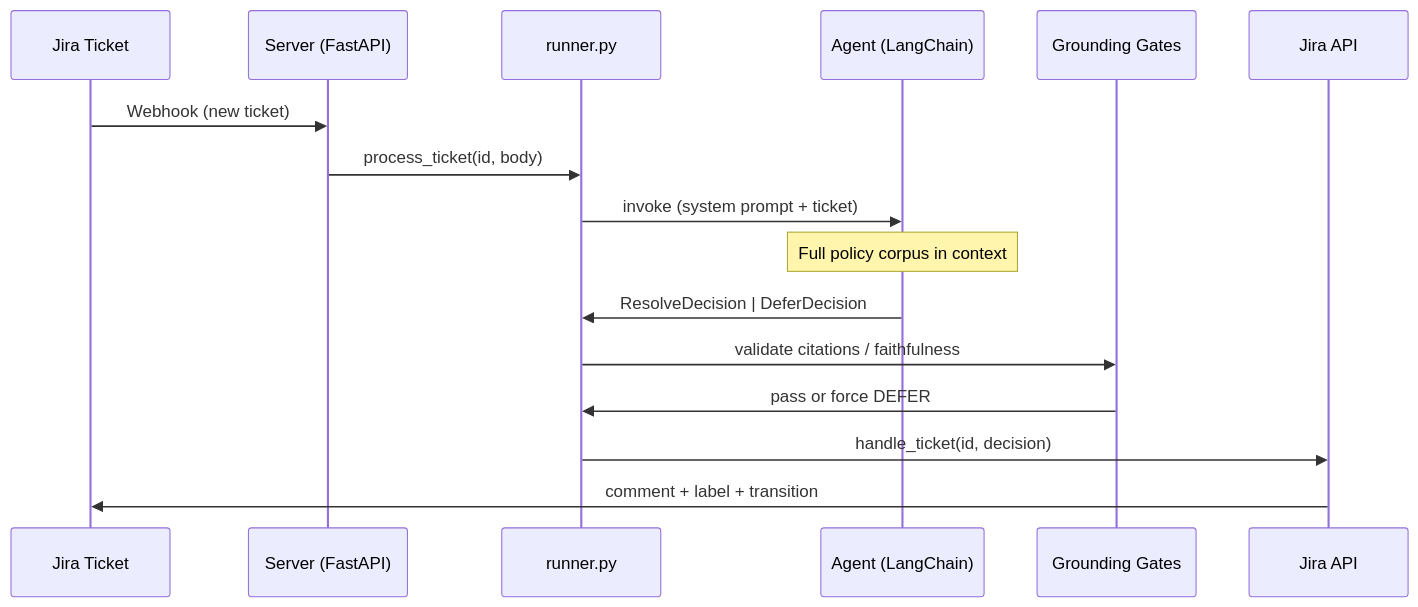
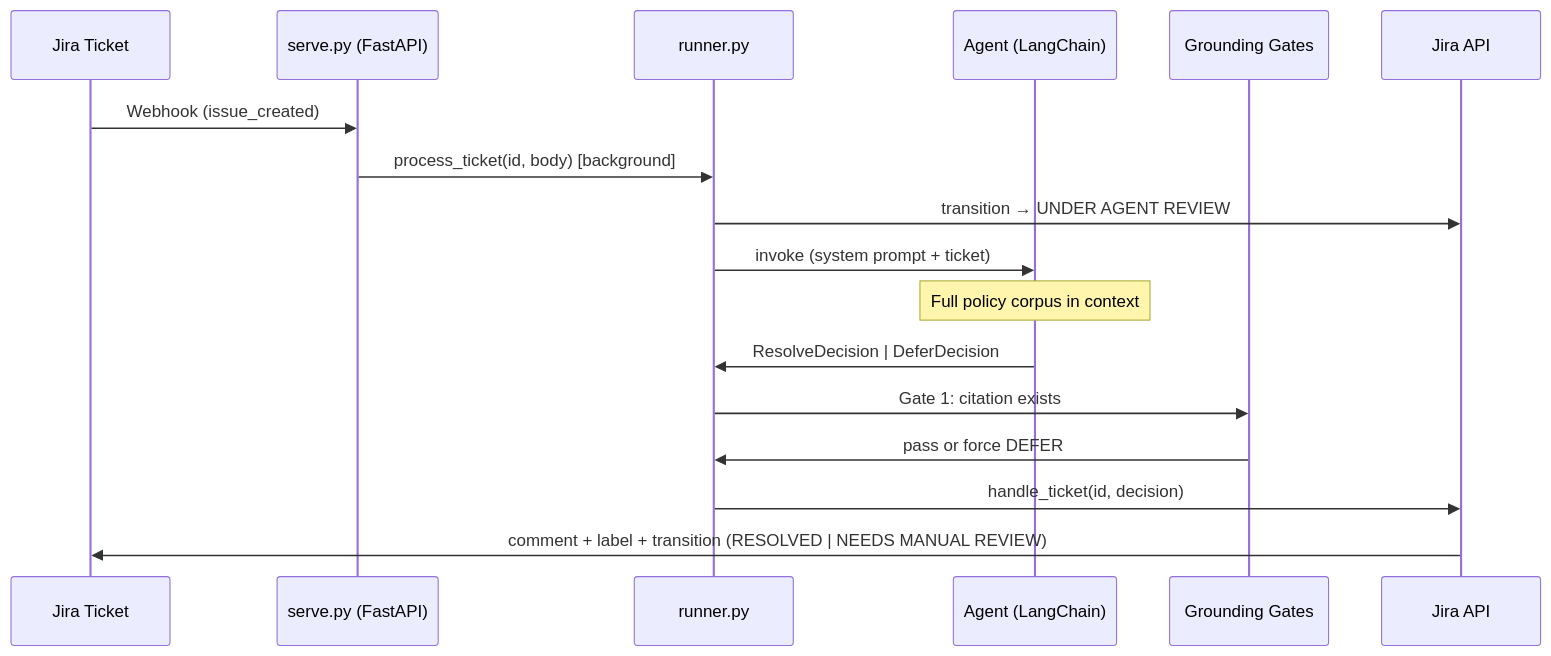
Before and after one commit to mondal-alex/it-helpdesk-agent: the first of 2 diagrams in README.md, drawn with Mermaid. The commit also changed other lines of this file and 32 other files, not shown here.

````diff
--- a/README.md
+++ b/README.md
@@ -28,19 +29,20 @@
 ```mermaid
 sequenceDiagram
     participant J as Jira Ticket
-    participant S as Server (FastAPI)
+    participant S as serve.py (FastAPI)
     participant R as runner.py
     participant A as Agent (LangChain)
     participant G as Grounding Gates
     participant API as Jira API
 
-    J->>S: Webhook (new ticket)
-    S->>R: process_ticket(id, body)
+    J->>S: Webhook (issue_created)
+    S->>R: process_ticket(id, body) [background]
+    R->>API: transition → UNDER AGENT REVIEW
     R->>A: invoke (system prompt + ticket)
     Note over A: Full policy corpus in context
     A->>R: ResolveDecision | DeferDecision
-    R->>G: validate citations / faithfulness
+    R->>G: Gate 1: citation exists
     G->>R: pass or force DEFER
     R->>API: handle_ticket(id, decision)
-    API->>J: comment + label + transition
+    API->>J: comment + label + transition (RESOLVED | NEEDS MANUAL REVIEW)
 ```
````
